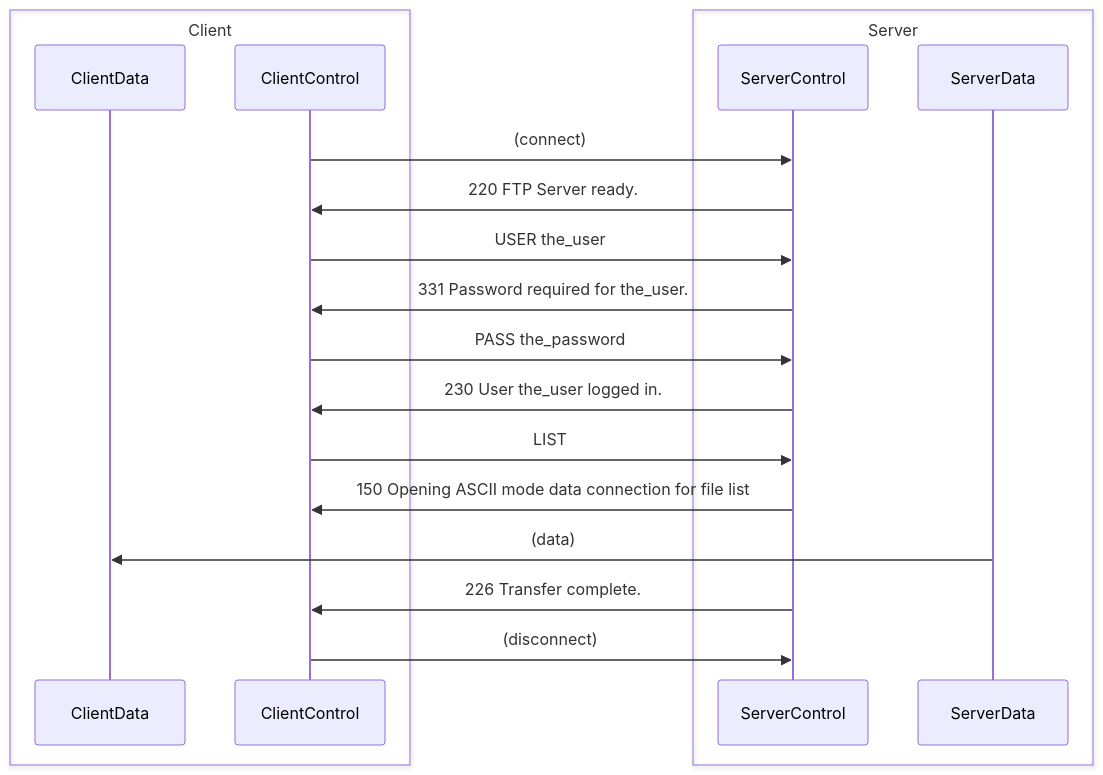
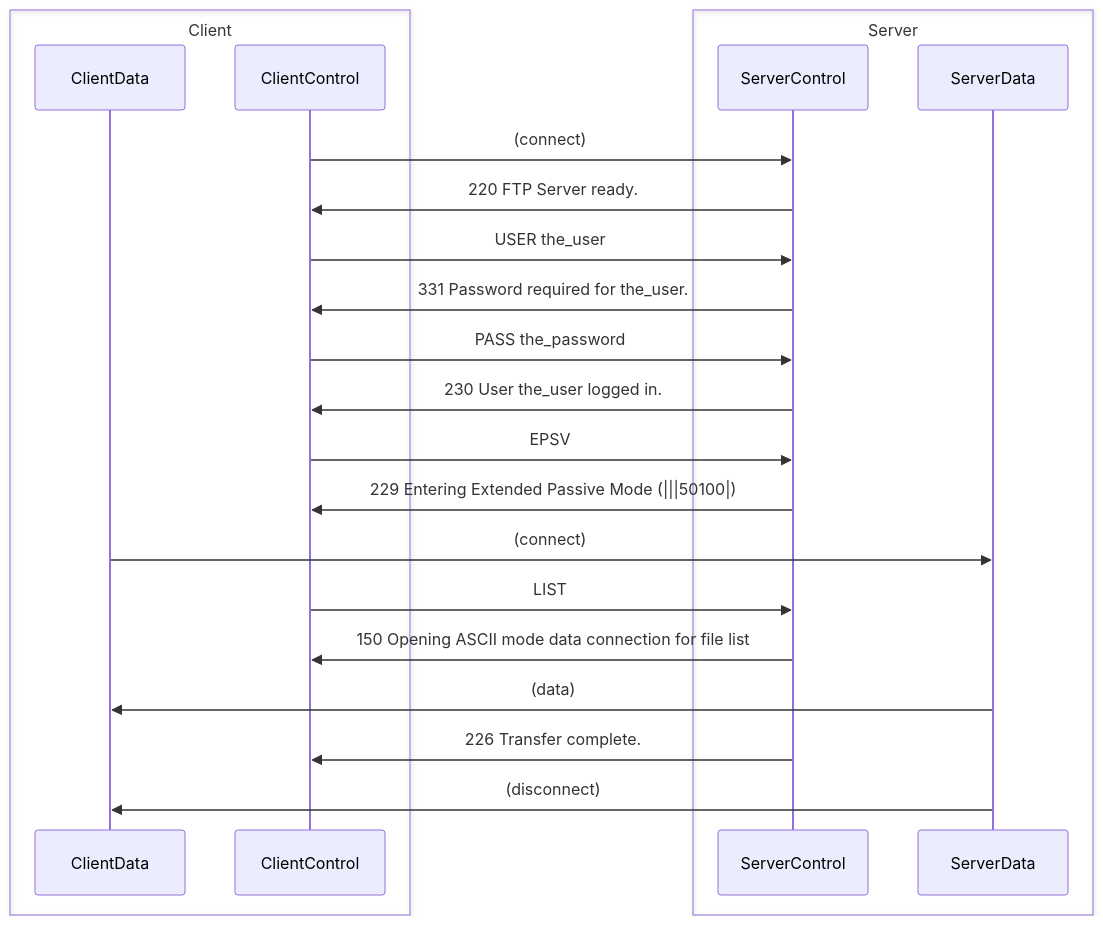
The first of 5 diagrams in docs/FTP.md (fandango-fuzzer/fandango), drawn with Mermaid before and after one commit. The commit also changed other lines of this file and 113 other files, not shown here.

````diff
--- a/docs/FTP.md
+++ b/docs/FTP.md
@@ -50,22 +50,25 @@
 ```{mermaid}
 sequenceDiagram
     box Client
     participant ClientData
     participant ClientControl
     end
     box Server
     participant ServerControl
     participant ServerData
     end
     ClientControl ->> ServerControl: (connect)
     ServerControl ->> ClientControl: 220 FTP Server ready.
     ClientControl ->> ServerControl: USER the_user
     ServerControl ->> ClientControl: 331 Password required for the_user.
     ClientControl ->> ServerControl: PASS the_password
     ServerControl ->> ClientControl: 230 User the_user logged in.
+    ClientControl ->> ServerControl: EPSV
+    ServerControl ->> ClientControl: 229 Entering Extended Passive Mode (|||50100|)
+    ClientData ->> ServerData: (connect)
     ClientControl ->> ServerControl: LIST
     ServerControl ->> ClientControl: 150 Opening ASCII mode data connection for file list
     ServerData ->> ClientData: (data)
     ServerControl ->> ClientControl: 226 Transfer complete.
-    ClientControl ->> ServerControl: (disconnect)
+    ServerData ->> ClientData: (disconnect)
 ```
````
